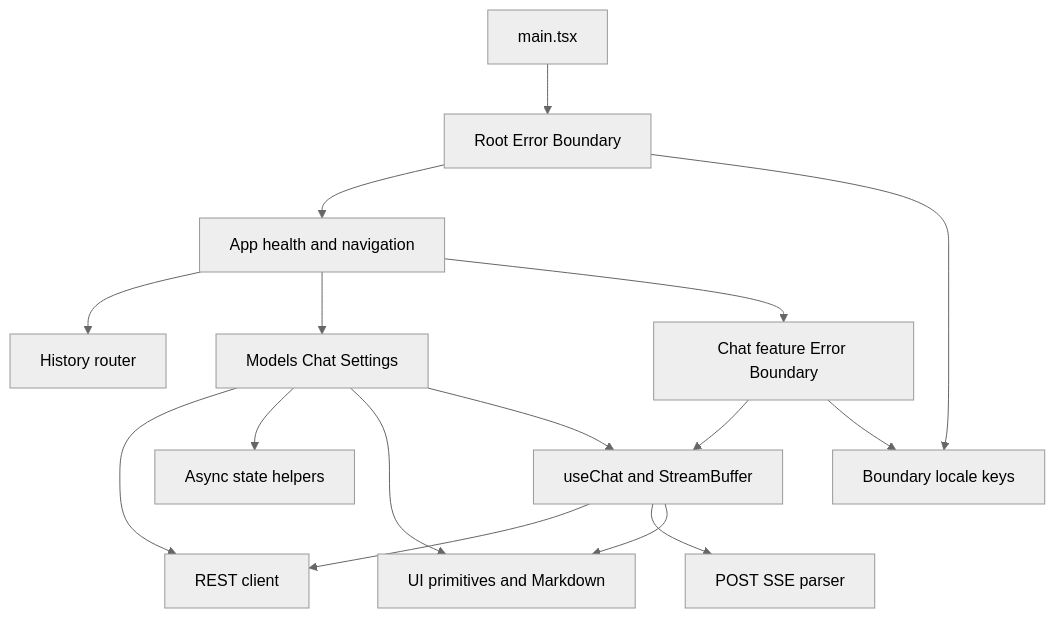
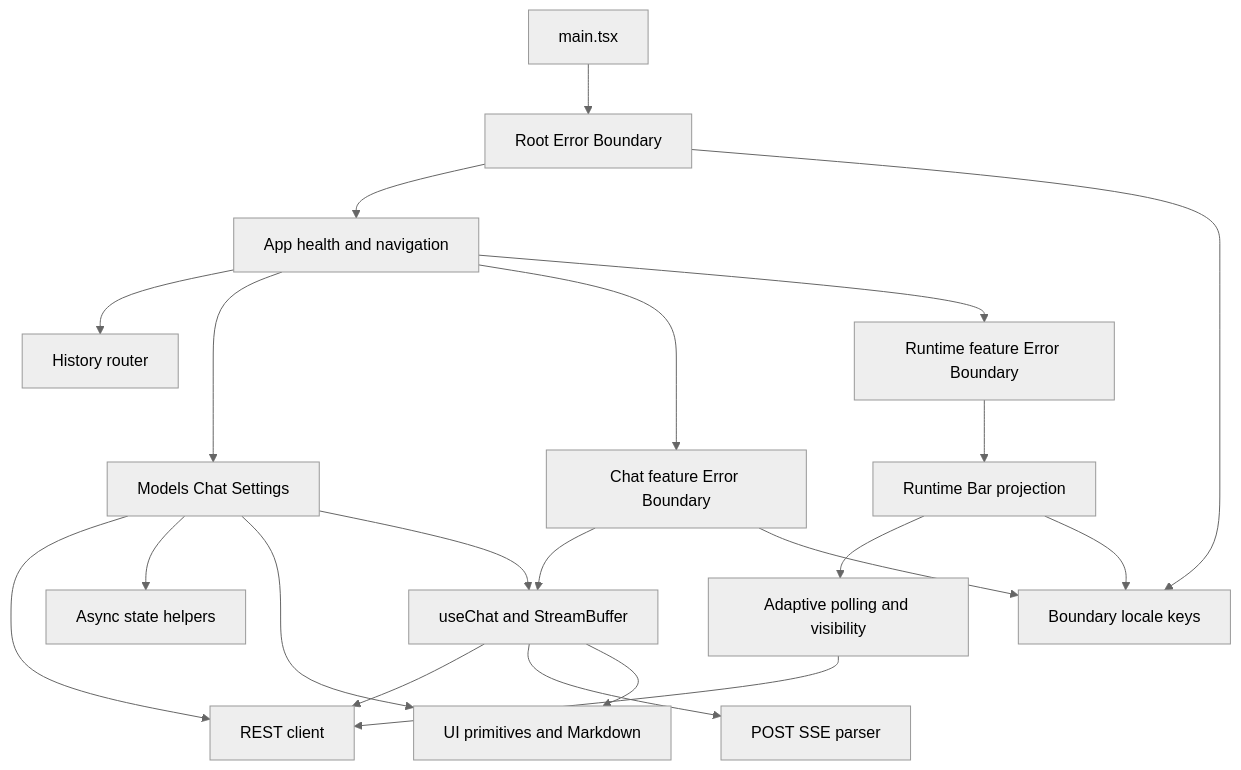
One commit to MattoYuzuru/Guanxi changed the diagram in docs/architecture/diagrams/lld-web.mmd. Above: the diagram before and after it, drawn with Mermaid (neutral theme). The commit also changed 8 other files, not shown here.

```diff
--- a/docs/architecture/diagrams/lld-web.mmd
+++ b/docs/architecture/diagrams/lld-web.mmd
@@ -1,29 +1,37 @@
 flowchart TB
     Main[main.tsx]
     RootBoundary[Root Error Boundary]
     App[App health and navigation]
     ChatBoundary[Chat feature Error Boundary]
+    RuntimeBoundary[Runtime feature Error Boundary]
+    RuntimeBar[Runtime Bar projection]
+    Polling[Adaptive polling and visibility]
     Router[History router]
     API[REST client]
     SSE[POST SSE parser]
     Async[Async state helpers]
     Pages[Models Chat Settings]
     Chat[useChat and StreamBuffer]
     UI[UI primitives and Markdown]
     Locale[Boundary locale keys]
 
     Main --> RootBoundary
     RootBoundary --> App
     RootBoundary --> Locale
     App --> Router
     App --> Pages
     App --> ChatBoundary
+    App --> RuntimeBoundary
+    RuntimeBoundary --> RuntimeBar
+    RuntimeBar --> Polling
+    Polling --> API
+    RuntimeBar --> Locale
     ChatBoundary --> Chat
     ChatBoundary --> Locale
     Pages --> API
     Pages --> Async
     Pages --> UI
     Pages --> Chat
     Chat --> API
     Chat --> SSE
     Chat --> UI
```
